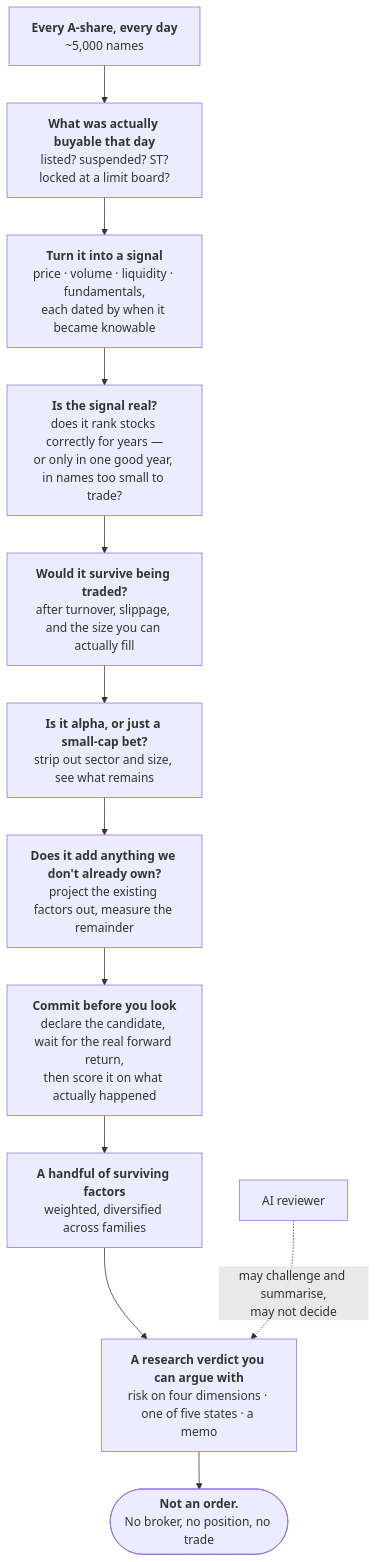
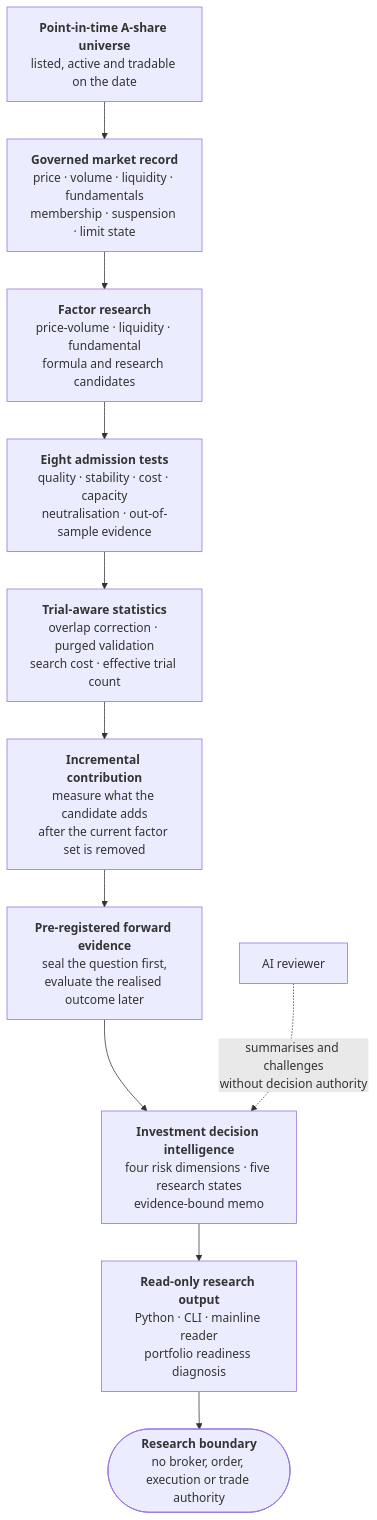
The diagram in README.md (alpha-mw/myQuant), drawn with Mermaid before and after one commit. The commit also changed other lines of this file and 1 other file, not shown here.

Commit message:
Rewrite README to document myQuant research workflow and safeguards

````diff
--- a/README.md
+++ b/README.md
@@ -79,18 +51,17 @@
 ```mermaid
 flowchart TD
-    U["<b>Every A-share, every day</b><br/>~5,000 names"]
-    P["<b>What was actually buyable that day</b><br/>listed? suspended? ST?<br/>locked at a limit board?"]
-    S["<b>Turn it into a signal</b><br/>price · volume · liquidity · fundamentals,<br/>each dated by when it became knowable"]
-    E["<b>Is the signal real?</b><br/>does it rank stocks correctly for years —<br/>or only in one good year, in names too small to trade?"]
-    K["<b>Would it survive being traded?</b><br/>after turnover, slippage, and the size you can actually fill"]
-    N["<b>Is it alpha, or just a small-cap bet?</b><br/>strip out sector and size, see what remains"]
-    X["<b>Does it add anything we don't already own?</b><br/>project the existing factors out, measure the remainder"]
-    W["<b>Commit before you look</b><br/>declare the candidate, wait for the real forward return,<br/>then score it on what actually happened"]
-    R["<b>A handful of surviving factors</b><br/>weighted, diversified across families"]
-    J["<b>A research verdict you can argue with</b><br/>risk on four dimensions · one of five states · a memo"]
-    Z(["<b>Not an order.</b><br/>No broker, no position, no trade"])
+    U["<b>Point-in-time A-share universe</b><br/>listed, active and tradable on the date"]
+    D["<b>Governed market record</b><br/>price · volume · liquidity · fundamentals<br/>membership · suspension · limit state"]
+    F["<b>Factor research</b><br/>price-volume · liquidity · fundamental<br/>formula and research candidates"]
+    G["<b>Eight admission tests</b><br/>quality · stability · cost · capacity<br/>neutralisation · out-of-sample evidence"]
+    T["<b>Trial-aware statistics</b><br/>overlap correction · purged validation<br/>search cost · effective trial count"]
+    I["<b>Incremental contribution</b><br/>measure what the candidate adds<br/>after the current factor set is removed"]
+    W["<b>Pre-registered forward evidence</b><br/>seal the question first,<br/>evaluate the realised outcome later"]
+    J["<b>Investment decision intelligence</b><br/>four risk dimensions · five research states<br/>evidence-bound memo"]
+    O["<b>Read-only research output</b><br/>Python · CLI · mainline reader<br/>portfolio readiness diagnosis"]
+    Z(["<b>Research boundary</b><br/>no broker, order, execution or trade authority"])
 
-    U --> P --> S --> E --> K --> N --> X --> W --> R --> J --> Z
+    U --> D --> F --> G --> T --> I --> W --> J --> O --> Z
 
-    LLM["AI reviewer"] -. "may challenge and summarise,<br/>may not decide" .-> J
+    LLM["AI reviewer"] -. "summarises and challenges<br/>without decision authority" .-> J
 ```
````
